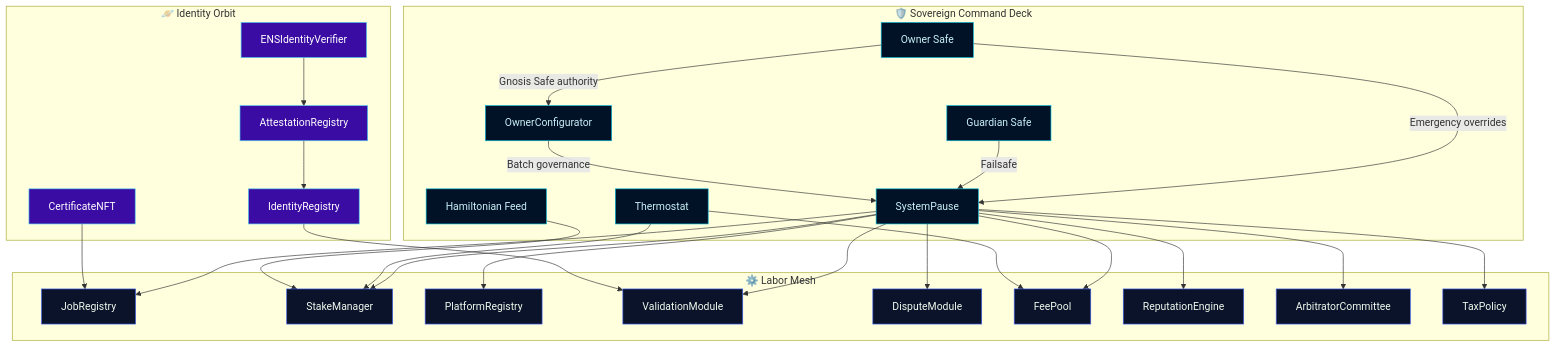
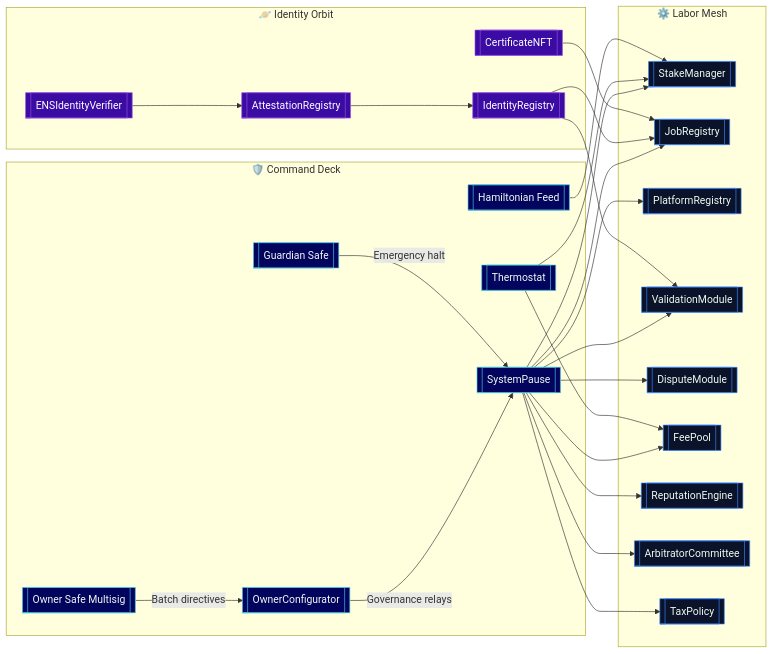
Before and after one commit to MontrealAI/agijobs-sovereign-labor-v0p1: the first of 3 diagrams in docs/README.md, drawn with Mermaid. The commit also changed other lines of this file and 1 other file, not shown here.

Commit message:
docs: refresh sovereign labor readmes

````diff
--- a/docs/README.md
+++ b/docs/README.md
@@ -47,54 +44,54 @@
 ```mermaid
-graph TD
-    subgraph SovereignCommand["🛡️ Sovereign Command Deck"]
-        owner[Owner Safe]
-        guardian[Guardian Safe]
-        configurator[OwnerConfigurator]
-        pause[SystemPause]
-        thermo[Thermostat]
-        hamiltonian[Hamiltonian Feed]
+flowchart LR
+    subgraph CommandDeck["🛡️ Command Deck"]
+        OwnerSafe[[Owner Safe Multisig]]
+        GuardianSafe[[Guardian Safe]]
+        OwnerConfigurator[[OwnerConfigurator]]
+        SystemPause[[SystemPause]]
+        Thermostat[[Thermostat]]
+        Hamiltonian[[Hamiltonian Feed]]
     end
     subgraph LaborMesh["⚙️ Labor Mesh"]
-        job[JobRegistry]
-        stake[StakeManager]
-        platform[PlatformRegistry]
-        validate[ValidationModule]
-        dispute[DisputeModule]
-        fee[FeePool]
-        rep[ReputationEngine]
-        arb[ArbitratorCommittee]
-        tax[TaxPolicy]
+        StakeManager[[StakeManager]]
+        JobRegistry[[JobRegistry]]
+        PlatformRegistry[[PlatformRegistry]]
+        ValidationModule[[ValidationModule]]
+        DisputeModule[[DisputeModule]]
+        FeePool[[FeePool]]
+        ReputationEngine[[ReputationEngine]]
+        Arbitrator[[ArbitratorCommittee]]
+        TaxPolicy[[TaxPolicy]]
     end
     subgraph IdentityOrbit["🪐 Identity Orbit"]
-        identity[IdentityRegistry]
-        attest[AttestationRegistry]
-        cert[CertificateNFT]
-        ens[ENSIdentityVerifier]
+        IdentityRegistry[[IdentityRegistry]]
+        AttestationRegistry[[AttestationRegistry]]
+        CertificateNFT[[CertificateNFT]]
+        ENSVerifier[[ENSIdentityVerifier]]
     end
-    owner -->|Gnosis Safe authority| configurator
-    owner -->|Emergency overrides| pause
-    guardian -->|Failsafe| pause
-    configurator -->|Batch governance| pause
-    pause --> job
-    pause --> stake
-    pause --> platform
-    pause --> validate
-    pause --> dispute
-    pause --> fee
-    pause --> rep
-    pause --> arb
-    pause --> tax
-    thermo --> stake
-    thermo --> fee
-    hamiltonian --> stake
-    identity --> validate
-    attest --> identity
-    ens --> attest
-    cert --> job
-    classDef SovereignCommand fill:#021226,stroke:#00b4d8,color:#caf0f8;
-    classDef LaborMesh fill:#0b132b,stroke:#4361ee,color:#f1faee;
-    classDef IdentityOrbit fill:#3a0ca3,stroke:#4cc9f0,color:#ffffff;
-    class owner,guardian,configurator,pause,thermo,hamiltonian SovereignCommand;
-    class job,stake,platform,validate,dispute,fee,rep,arb,tax LaborMesh;
-    class identity,attest,cert,ens IdentityOrbit;
+    OwnerSafe -->|Batch directives| OwnerConfigurator
+    OwnerConfigurator -->|Governance relays| SystemPause
+    GuardianSafe -->|Emergency halt| SystemPause
+    SystemPause --> StakeManager
+    SystemPause --> JobRegistry
+    SystemPause --> ValidationModule
+    SystemPause --> DisputeModule
+    SystemPause --> FeePool
+    SystemPause --> PlatformRegistry
+    SystemPause --> ReputationEngine
+    SystemPause --> Arbitrator
+    SystemPause --> TaxPolicy
+    Thermostat --> StakeManager
+    Thermostat --> FeePool
+    Hamiltonian --> StakeManager
+    IdentityRegistry --> ValidationModule
+    IdentityRegistry --> JobRegistry
+    AttestationRegistry --> IdentityRegistry
+    ENSVerifier --> AttestationRegistry
+    CertificateNFT --> JobRegistry
+    classDef CommandDeck fill:#03045e,stroke:#48cae4,color:#f1faee;
+    classDef LaborMesh fill:#0b132b,stroke:#3a86ff,color:#f1faee;
+    classDef IdentityOrbit fill:#3a0ca3,stroke:#9d4edd,color:#ffffff;
+    class OwnerSafe,GuardianSafe,OwnerConfigurator,SystemPause,Thermostat,Hamiltonian CommandDeck;
+    class StakeManager,JobRegistry,PlatformRegistry,ValidationModule,DisputeModule,FeePool,ReputationEngine,Arbitrator,TaxPolicy LaborMesh;
+    class IdentityRegistry,AttestationRegistry,CertificateNFT,ENSVerifier IdentityOrbit;
 ```
````
